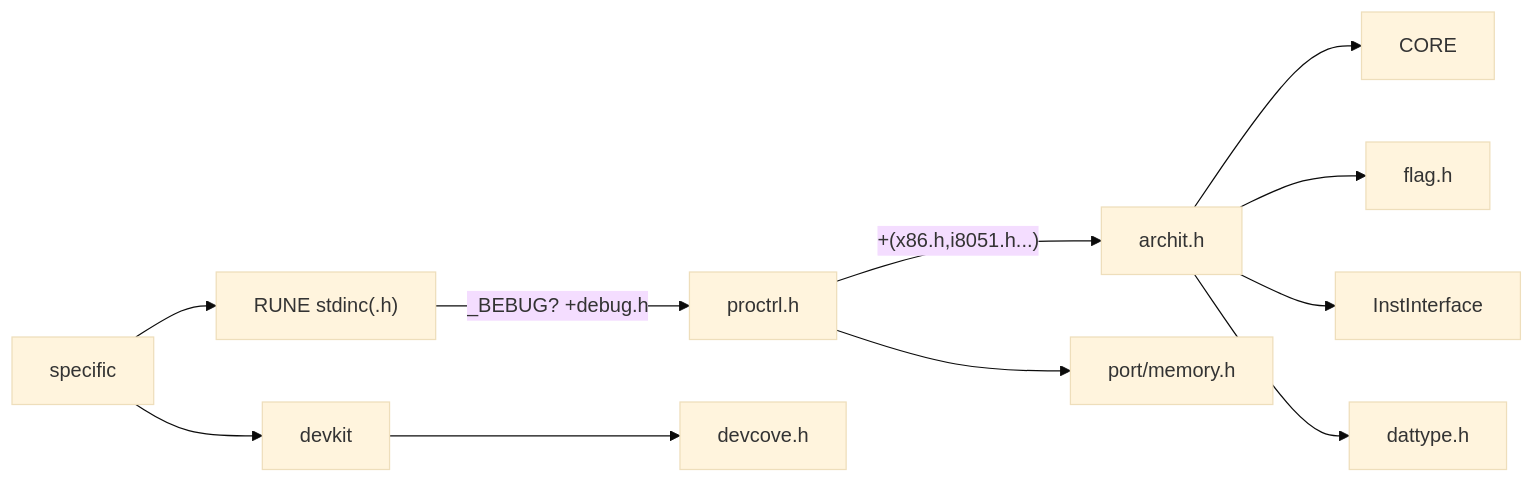
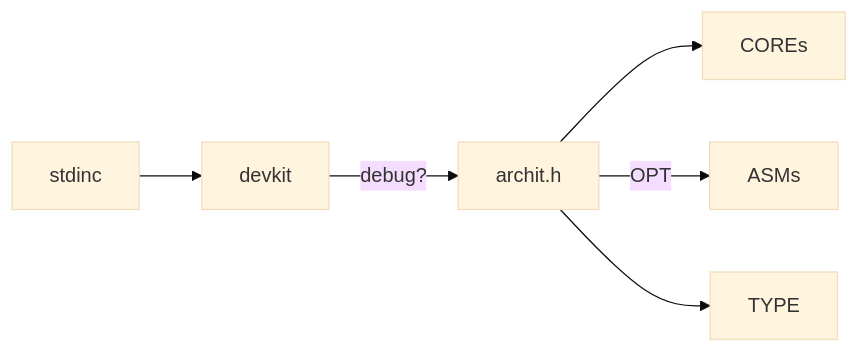
The third of 5 diagrams in doc/www.unisym.org/en/6-Depend.md (ArinaMgk/unisym), drawn with Mermaid (base theme) before and after one commit. The commit also changed 37 other files, not shown here.

````diff
--- a/doc/www.unisym.org/en/6-Depend.md
+++ b/doc/www.unisym.org/en/6-Depend.md
@@ -60,14 +60,8 @@
 ```mermaid
 graph LR
-	alice[CORE]
+	alice[COREs]
 	ARCH[archit.h]
 	ARCH-->alice
-	ARCH-->flag.h
-	ARCH-->InstInterface
-	proctrl[proctrl.h]-->port/memory.h
-	proctrl--+(x86.h,i8051.h...)-->ARCH-->dattype.h
-	stdinc["RUNE stdinc(.h)"]
-	stdinc--"_BEBUG? +debug.h"-->proctrl
-	SPCF[specific]-->stdinc
-	SPCF-->DEVK[devkit]-->DCOV[devcove.h]
+	ARCH--OPT-->ASMs
+	RUNT["stdinc"]-->DEVK[devkit]--debug?-->ARCH-->datype[TYPE]
 ```
````
